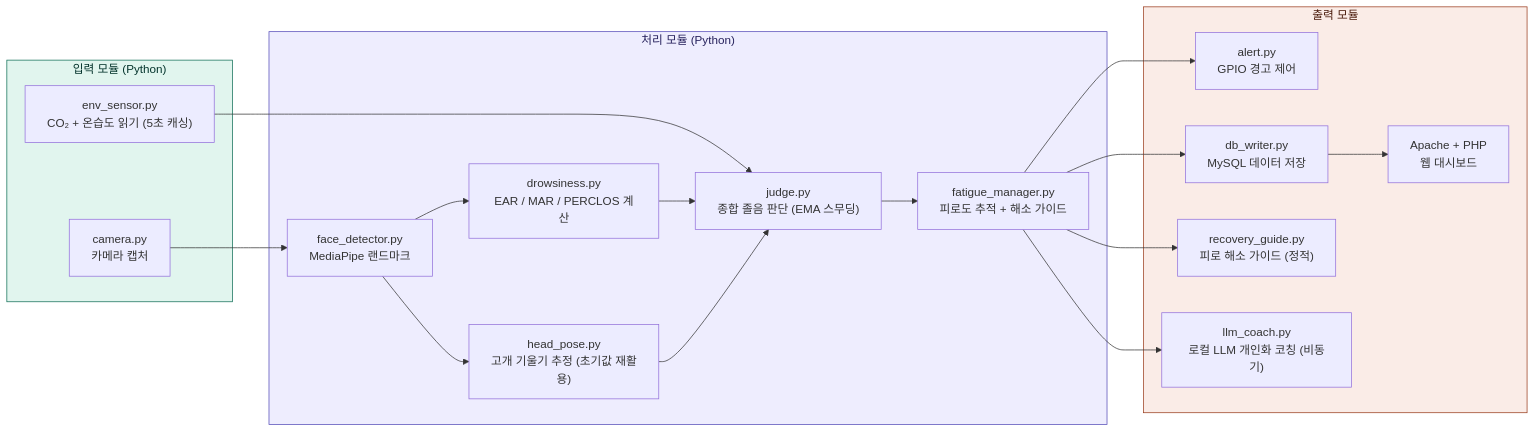
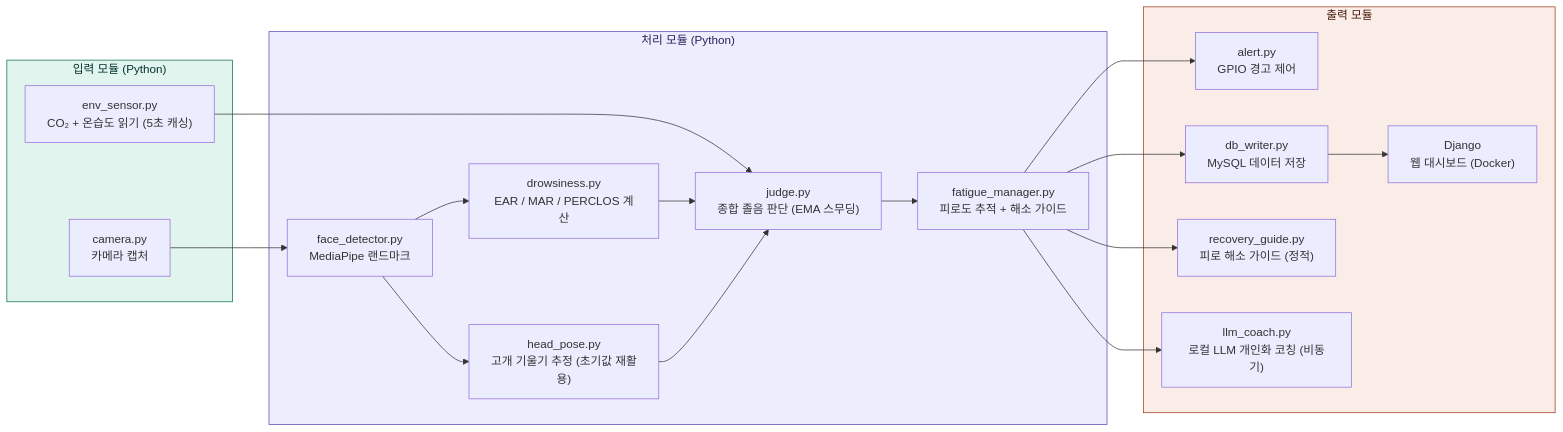
One commit to pgh165/capstone changed the third of 13 diagrams in project.md. Above: the diagram before and after it, drawn with Mermaid. The commit also changed other lines of this file and 20 other files, not shown here.

First line of the commit message:
LAMP 스택을 Django + Docker Compose로 전환

````diff
--- a/project.md
+++ b/project.md
@@ -136,40 +135,40 @@
 ```mermaid
 graph LR
     subgraph INPUT["입력 모듈 (Python)"]
         A1["camera.py<br/>카메라 캡처"]
         A2["env_sensor.py<br/>CO₂ + 온습도 읽기 (5초 캐싱)"]
     end
 
     subgraph PROCESS["처리 모듈 (Python)"]
         B1["face_detector.py<br/>MediaPipe 랜드마크"]
         B2["drowsiness.py<br/>EAR / MAR / PERCLOS 계산"]
         B3["head_pose.py<br/>고개 기울기 추정 (초기값 재활용)"]
         B4["judge.py<br/>종합 졸음 판단 (EMA 스무딩)"]
         B5["fatigue_manager.py<br/>피로도 추적 + 해소 가이드"]
     end
 
     subgraph OUTPUT["출력 모듈"]
         C1["alert.py<br/>GPIO 경고 제어"]
         C2["db_writer.py<br/>MySQL 데이터 저장"]
         C3["recovery_guide.py<br/>피로 해소 가이드 (정적)"]
         C5["llm_coach.py<br/>로컬 LLM 개인화 코칭 (비동기)"]
-        C4["Apache + PHP<br/>웹 대시보드"]
+        C4["Django<br/>웹 대시보드 (Docker)"]
     end
 
     A1 --> B1
     A2 --> B4
     B1 --> B2
     B1 --> B3
     B2 --> B4
     B3 --> B4
     B4 --> B5
     B5 --> C1
     B5 --> C2
     B5 --> C3
     B5 --> C5
     C2 --> C4
 
     style INPUT fill:#E1F5EE,stroke:#0F6E56,color:#04342C
     style PROCESS fill:#EEEDFE,stroke:#534AB7,color:#26215C
     style OUTPUT fill:#FAECE7,stroke:#993C1D,color:#4A1B0C
 ```
````
